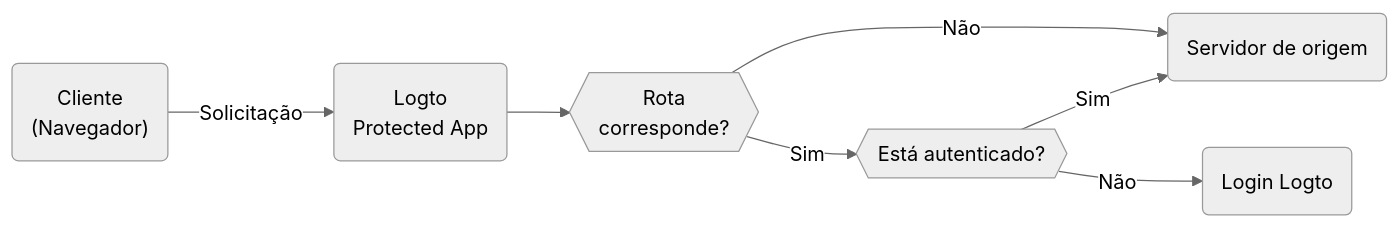
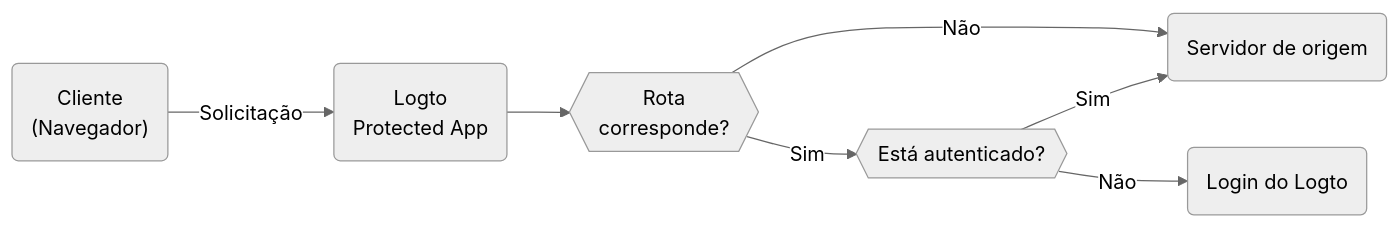
Before and after one commit to logto-io/docs: the diagram in i18n/pt-BR/docusaurus-plugin-content-docs/current/integrate-logto/protected-app.mdx, drawn with Mermaid (neutral theme). The commit also changed other lines of this file and 53 other files, not shown here.

````diff
--- a/i18n/pt-BR/docusaurus-plugin-content-docs/current/integrate-logto/protected-app.mdx
+++ b/i18n/pt-BR/docusaurus-plugin-content-docs/current/integrate-logto/protected-app.mdx
@@ -19,9 +21,9 @@
 ```mermaid
 graph LR
   A("Cliente<br/>(Navegador)") -->|Solicitação| B(Logto<br/>Protected App)
   B --> Condition{{Rota<br/>corresponde?}}
   Condition -->|Sim| Matched{{Está autenticado?}}
   Matched -->|Sim| C(Servidor de origem)
-  Matched -->|Não| D(Login Logto)
+  Matched -->|Não| D(Login do Logto)
   Condition -->|Não| C
 ```
````
